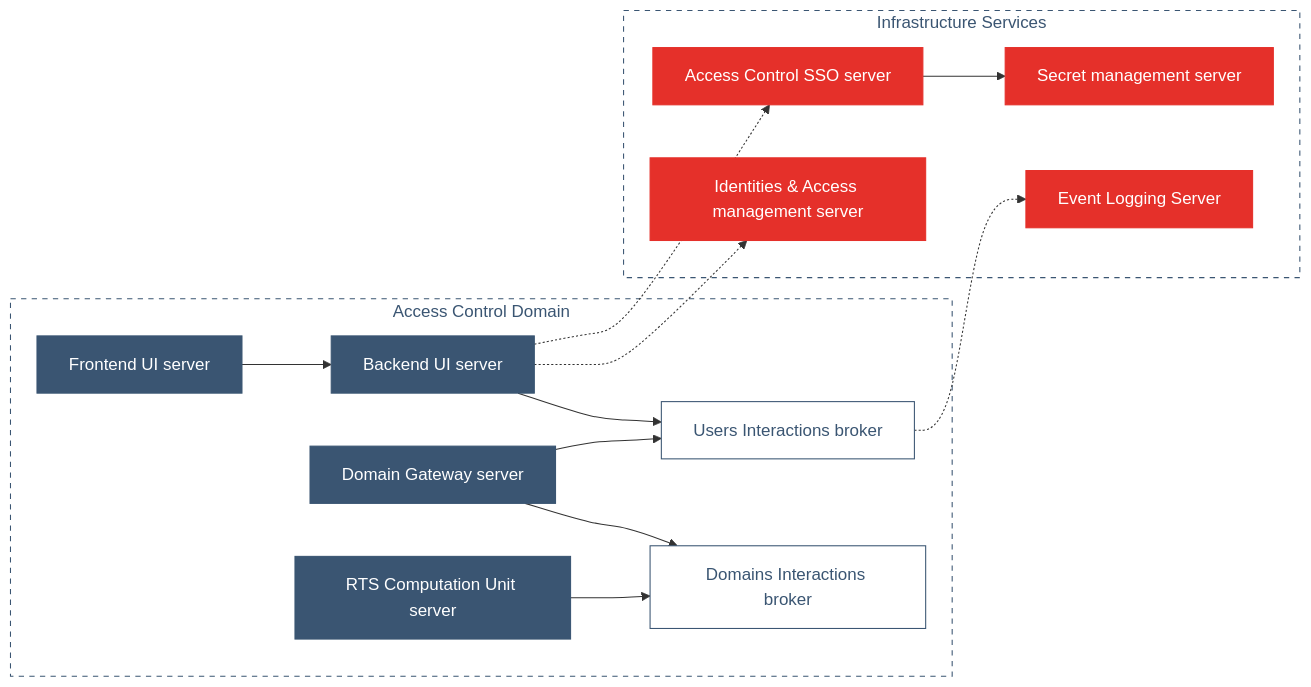
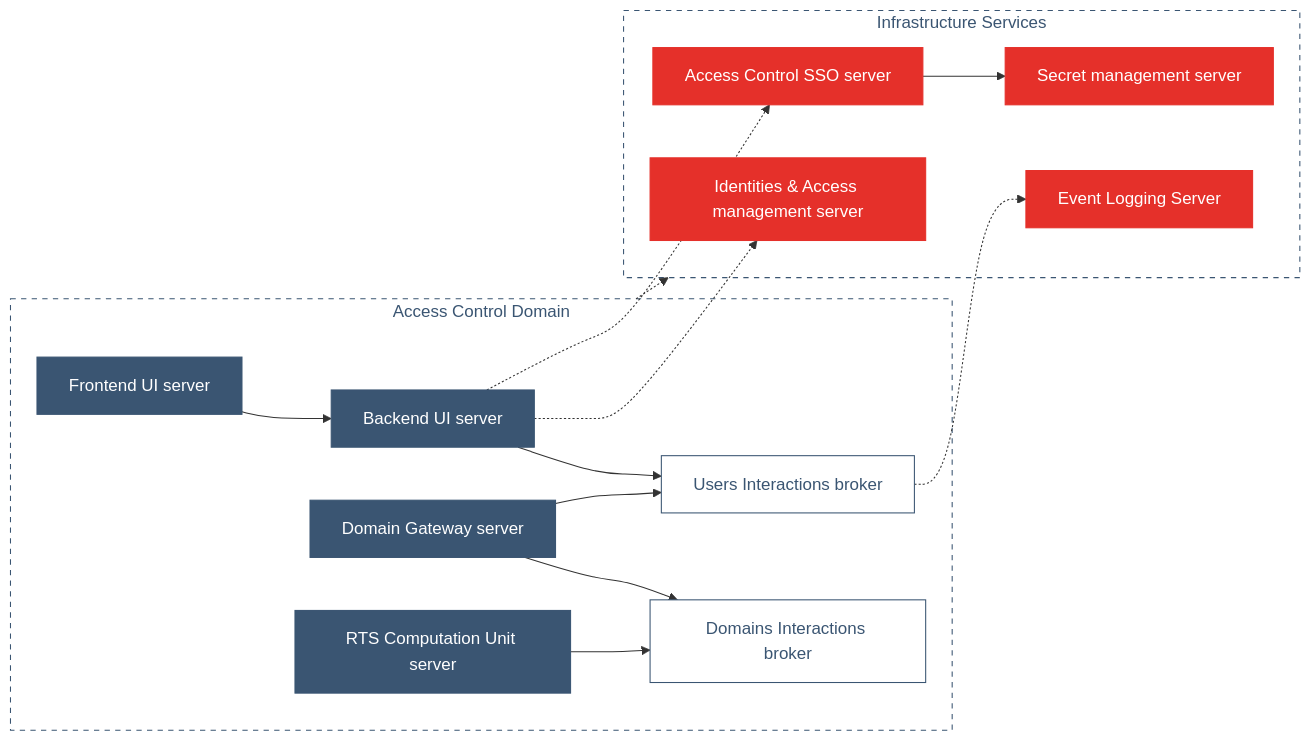
The diagram in prototypes-line/techstack/v0/README.md (cybnity/foundation), drawn with Mermaid before and after one commit.

````diff
--- a/prototypes-line/techstack/v0/README.md
+++ b/prototypes-line/techstack/v0/README.md
@@ -62,25 +62,24 @@
 ```mermaid
 flowchart LR
     subgraph domain[Access Control Domain]
         frontui[Frontend UI server]:::system --> backend[Backend UI server]:::system;
         backend --> uispace[Users Interactions broker]:::techcomp;
         gateway[Domain Gateway server]:::system --> domainspace[Domains Interactions broker]:::techcomp;
         rtscomput[RTS Computation Unit server]:::system --> domainspace;
     end
     subgraph infrastructure[Infrastructure Services]
         sso[Access Control SSO server]:::techsys --> secret[Secret management server]:::techsys;
         idm[Identities & Access management server]:::techsys;
         logging[Event Logging Server]:::techsys;
     end
     backend -.-> idm;
     backend -.-> sso;
     uispace -.-> logging;
     gateway --> uispace;
-    infrastructure:::area;
-    domain:::area;
+    domain:::area -.-> infrastructure:::area;
     
 	classDef system fill:#3a5572,stroke:#3a5572,color:#fff;
 	classDef techcomp fill:#fff,stroke:#3a5572,color:#3a5572;
 	classDef techsys fill:#e5302a,stroke:#e5302a,color:#fff;
 	classDef area fill:#fff,stroke:#3a5572,color:#3a5572,stroke-width:1px,stroke-dasharray: 5 5;
 ```
````
